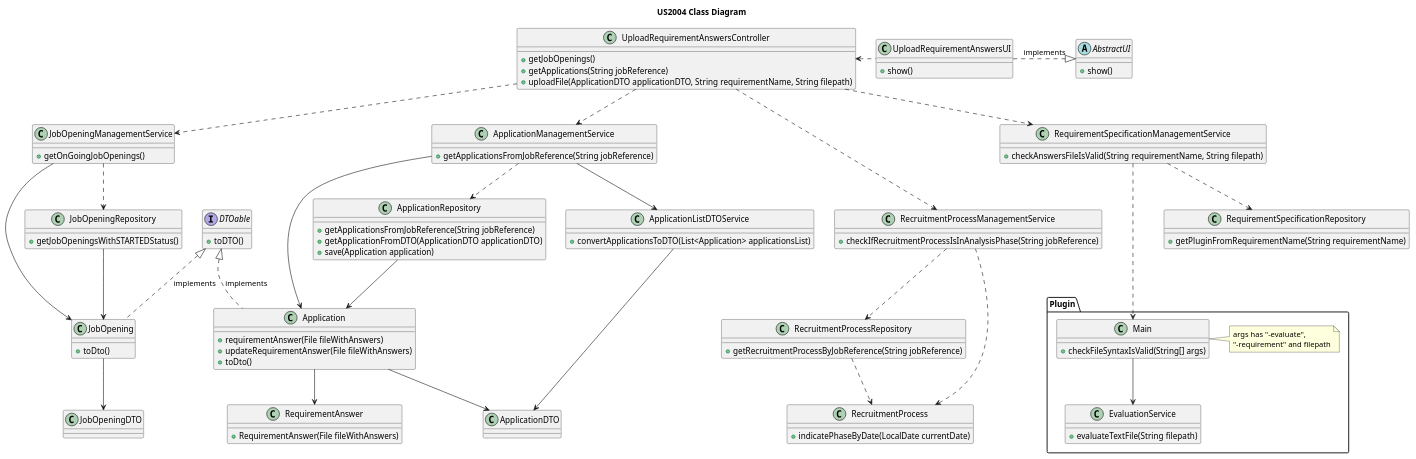
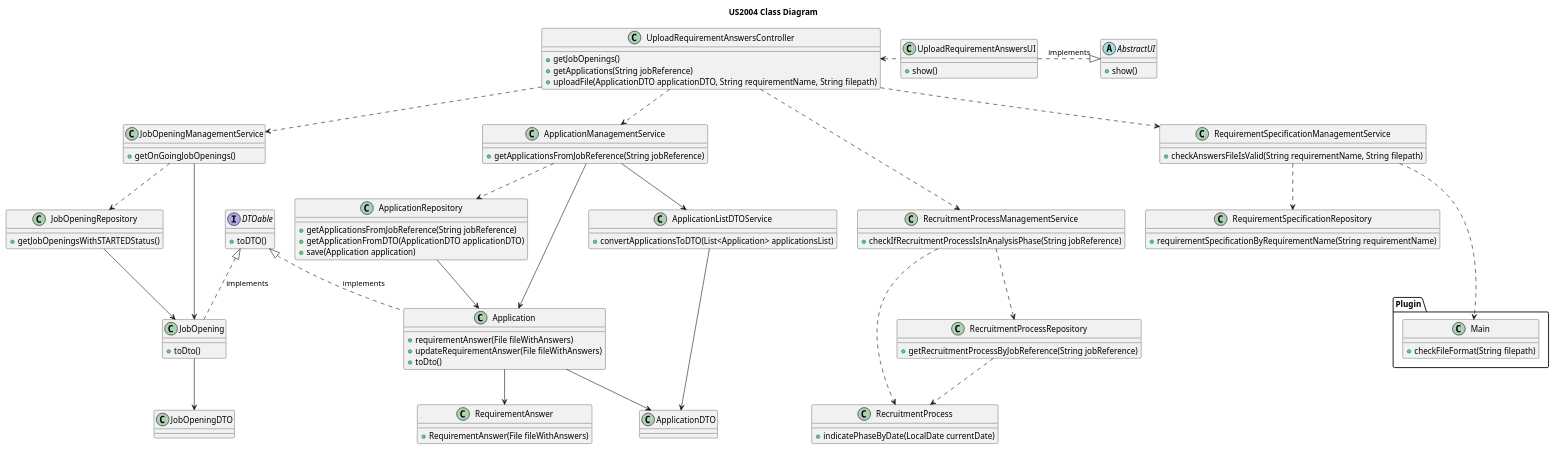
Before and after one commit to rita-barbosa/LAPR4-2324: the diagram in docs/sprint-c/us_2004/US2004_CD/us2004_cd.puml, drawn with PlantUML. The commit also changed 3 other files, not shown here.

First line of the commit message:
feat: US2004 design diagrams update

```diff
--- a/docs/sprint-c/us_2004/US2004_CD/us2004_cd.puml
+++ b/docs/sprint-c/us_2004/US2004_CD/us2004_cd.puml
@@ -1,137 +1,127 @@
 @startuml
 'https://plantuml.com/class-diagram
 
 title US2004 Class Diagram
 
 abstract class AbstractUI{
 + show()
 }
 
 interface DTOable {
 + toDTO()
 }
 
 class UploadRequirementAnswersUI {
 + show()
 }
 
 class UploadRequirementAnswersController {
 + getJobOpenings()
 + getApplications(String jobReference)
 + uploadFile(ApplicationDTO applicationDTO, String requirementName, String filepath)
 }
 
 class JobOpeningManagementService {
 + getOnGoingJobOpenings()
 }
 
 class RecruitmentProcessManagementService {
 + checkIfRecruitmentProcessIsInAnalysisPhase(String jobReference)
 }
 
 class RecruitmentProcessRepository {
 + getRecruitmentProcessByJobReference(String jobReference)
 }
 
 class RecruitmentProcess {
 + indicatePhaseByDate(LocalDate currentDate)
 }
 
 
 class JobOpening {
 + toDto()
 }
 
 class JobOpeningDTO {}
 
 class JobOpeningRepository {
 + getJobOpeningsWithSTARTEDStatus()
 }
 
 class ApplicationManagementService {
 + getApplicationsFromJobReference(String jobReference)
 }
 
 class Application {
 + requirementAnswer(File fileWithAnswers)
 + updateRequirementAnswer(File fileWithAnswers)
 + toDto()
 }
 
 class ApplicationDTO {}
 
 class ApplicationListDTOService {
 + convertApplicationsToDTO(List<Application> applicationsList)
 }
 
 class RequirementAnswer {
 + RequirementAnswer(File fileWithAnswers)
 }
 
 class ApplicationRepository {
 + getApplicationsFromJobReference(String jobReference)
 + getApplicationFromDTO(ApplicationDTO applicationDTO)
 + save(Application application)
 }
 
 class RequirementSpecificationManagementService {
 + checkAnswersFileIsValid(String requirementName, String filepath)
 }
 
 class RequirementSpecificationRepository {
-+ getPluginFromRequirementName(String requirementName)
++ requirementSpecificationByRequirementName(String requirementName)
 }
 
 package "Plugin" {
     class Main {
-    + checkFileSyntaxIsValid(String[] args)
+    + checkFileFormat(String filepath)
     }
-    note right of Main
-    args has "-evaluate",
-    "-requirement" and filepath
-    end note
 
-    class EvaluationService {
-    + evaluateTextFile(String filepath)
-    }
 }
 
 
 'ASSOCIATIONS
 AbstractUI <|.left. UploadRequirementAnswersUI : implements
 DTOable <|.. JobOpening : implements
 DTOable <|.. Application : implements
 
 UploadRequirementAnswersUI .left.> UploadRequirementAnswersController
 
 UploadRequirementAnswersController ..> JobOpeningManagementService
 UploadRequirementAnswersController ..> ApplicationManagementService
 UploadRequirementAnswersController ..> RequirementSpecificationManagementService
 UploadRequirementAnswersController ...> RecruitmentProcessManagementService
 
 'SERVICES AND DOMAIN
 JobOpeningManagementService ..> JobOpeningRepository
 JobOpeningManagementService --> JobOpening
 JobOpeningRepository --> JobOpening
 JobOpening --> JobOpeningDTO
 
 ApplicationManagementService ..> ApplicationRepository
 ApplicationManagementService --> Application
 ApplicationRepository --> Application
 Application --> RequirementAnswer
 ApplicationManagementService --> ApplicationListDTOService
 ApplicationListDTOService --> ApplicationDTO
 Application --> ApplicationDTO
 
 RecruitmentProcessManagementService ..> RecruitmentProcessRepository
 RecruitmentProcessRepository ..> RecruitmentProcess
 RecruitmentProcessManagementService ..> RecruitmentProcess
 
 RequirementSpecificationManagementService ..> RequirementSpecificationRepository
 RequirementSpecificationManagementService ...> Main
 
-Main --> EvaluationService
-
-
 
 @enduml
```
